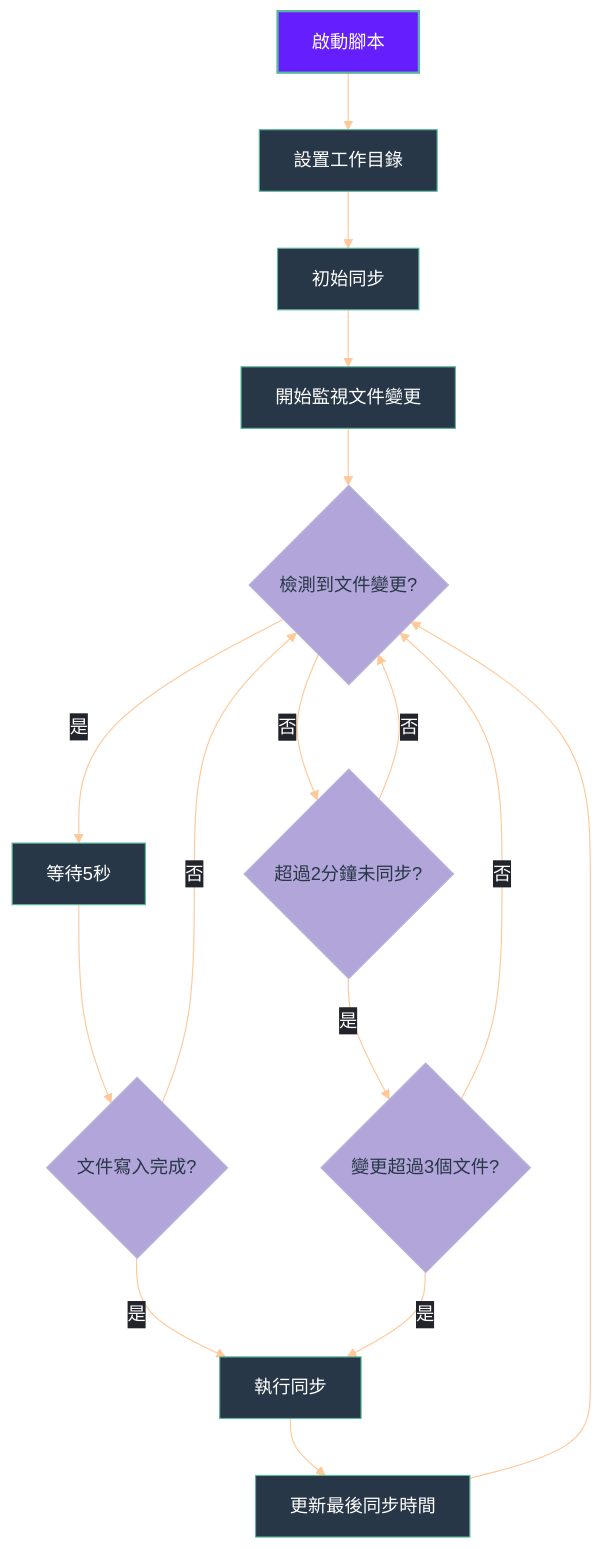
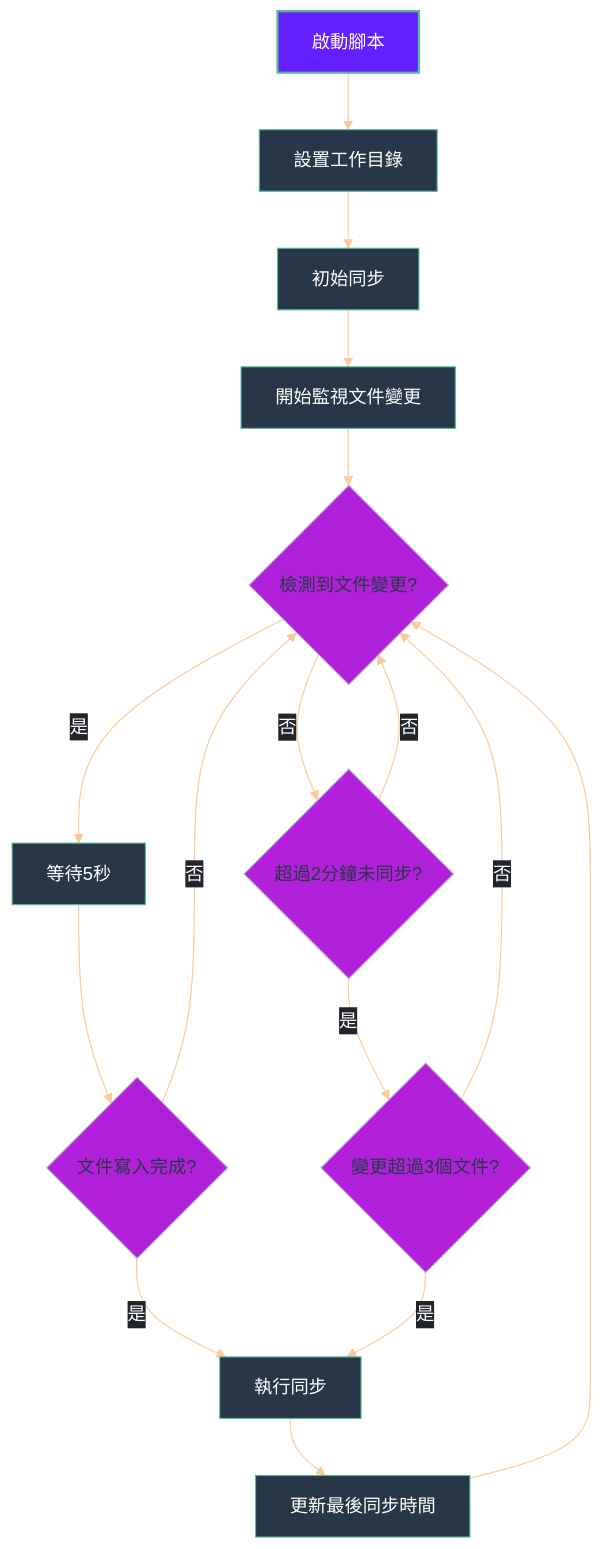
One commit to GengGeng026/Sync-Logseq changed the second of 2 diagrams in Logseq同步方案演進記錄.md. Above: the diagram before and after it, drawn with Mermaid.

Commit message:
Auto-sync: Wed Mar 26 10:20:04 +08 2025

````diff
--- a/Logseq同步方案演進記錄.md
+++ b/Logseq同步方案演進記錄.md
@@ -375,52 +375,52 @@
 ```mermaid
 %%{init: {
   'theme': 'base', 
   'themeVariables': {
     'primaryColor': '#19E9D9',
     'primaryTextColor': '#FFFFFF',
     'primaryBorderColor': '#59B79A',
     'lineColor': '#FEC999',
     'secondaryColor': '#FFCB6B',
     'tertiaryColor': '#F07178',
     'background': 'transparent',
     'textColor': '#EEFFFF',
     'mainBkg': '#273747',
     'nodeBorder': '#59B79A',
     'clusterBkg': 'transparent',
     'edgeLabelBackground': '#21252B'
   },
   'flowchart': {
     'curve': 'basis',
     'nodeSpacing': 50,
     'rankSpacing': 50,
     'padding': 15
   }
 }}%%
 flowchart TD
     %% 節點樣式優化
     classDef start fill:#651FFF,stroke:#59B79A,color:#FFFFFF,stroke-width:2px;
     classDef process fill:#19E9D,stroke:#59B79A,color:#FFFFFF,stroke-width:1px;
-    classDef condition fill:#B1A5D9,stroke:#B9B5D9,color:#273747,stroke-width:1px,shape:diamond;
+    classDef condition fill:#B121D9,stroke:#B9B5D9,color:#273747,stroke-width:1px,shape:diamond;
     classDef action fill:#F07178,stroke:#59B79A,color:#FFFFFF,stroke-width:1px;
     
     A[啟動腳本] --> B[設置工作目錄]
     B --> C[初始同步]
     C --> D[開始監視文件變更]
     D --> E{檢測到文件變更?}
     E -->|是| F[等待5秒]
     F --> G{文件寫入完成?}
     G -->|是| H[執行同步]
     G -->|否| E
     E -->|否| I{超過2分鐘未同步?}
     I -->|是| J{變更超過3個文件?}
     J -->|是| H
     J -->|否| E
     I -->|否| E
     H --> K[更新最後同步時間]
     K --> E
     
     %% 應用樣式
     class A start;
     class B,C,D,F,H,K process;
     class E,G,I,J condition;
 ```
````
